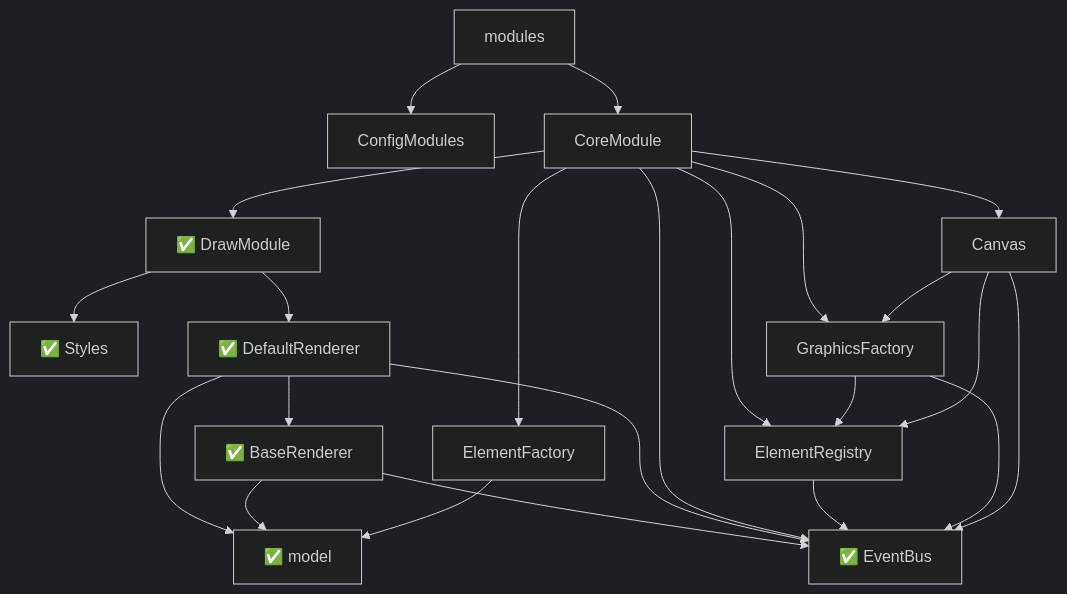
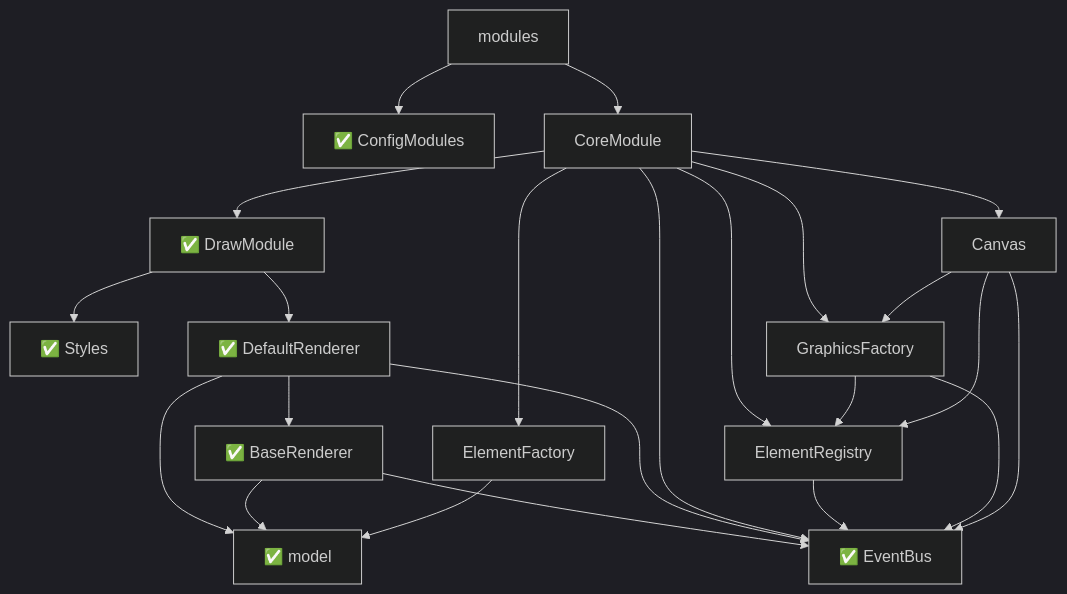
The diagram in docs/diagram-js/default-renderer.md (YuJianghao/bpmn-js-doc), drawn with Mermaid (dark theme) before and after one commit. The commit also changed other lines of this file and 3 other files, not shown here.

````diff
--- a/docs/diagram-js/default-renderer.md
+++ b/docs/diagram-js/default-renderer.md
@@ -24,25 +26,25 @@
 ```mermaid
 graph TD;
-    modules-->ConfigModules;
+    modules-->ConfigModules["#9989; ConfigModules"];
     modules-->CoreModule;
     CoreModule-->DrawModule["#9989; DrawModule"];
     DrawModule-->Styles["#9989; Styles"];
     DrawModule-->DefaultRenderer["#9989; DefaultRenderer"];
     DefaultRenderer-->BaseRenderer["#9989; BaseRenderer"];
     DefaultRenderer-->model["#9989; model"];
     BaseRenderer-->model["#9989; model"];
     BaseRenderer-->EventBus["#9989; EventBus"];
     DefaultRenderer-->EventBus["#9989; EventBus"];
     CoreModule-->EventBus["#9989; EventBus"];
     CoreModule-->ElementFactory;
     CoreModule-->ElementRegistry;
     CoreModule-->GraphicsFactory;
     CoreModule-->Canvas;
     ElementRegistry-->EventBus["#9989; EventBus"];
     GraphicsFactory-->EventBus["#9989; EventBus"];
     GraphicsFactory-->ElementRegistry;
     Canvas-->EventBus["#9989; EventBus"];
     Canvas-->GraphicsFactory;
     Canvas-->ElementRegistry;
     ElementFactory-->model["#9989; model"];
 ```
````
